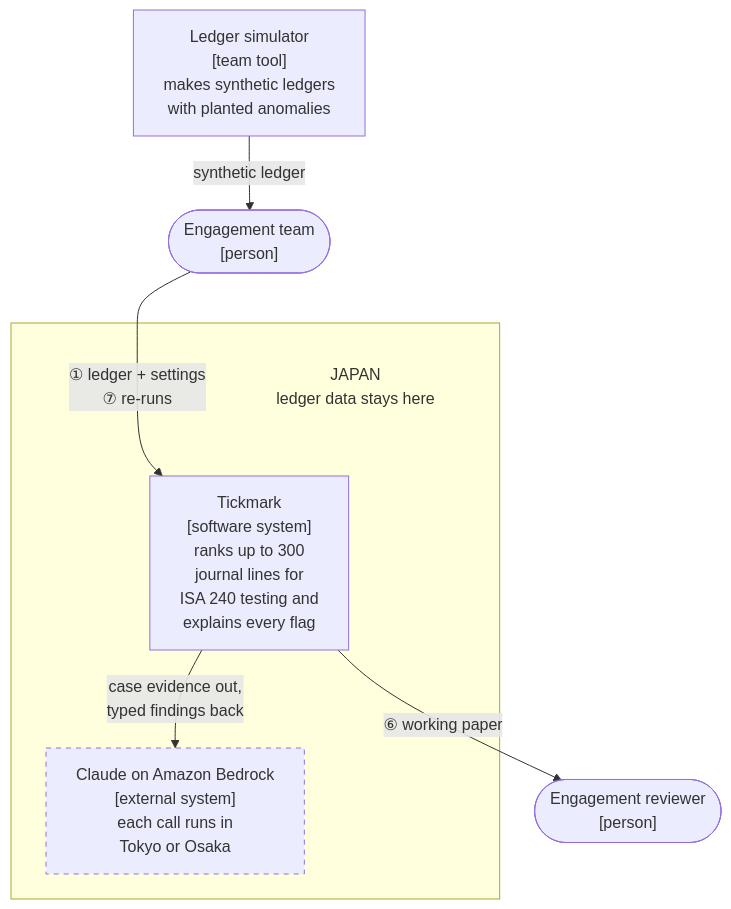
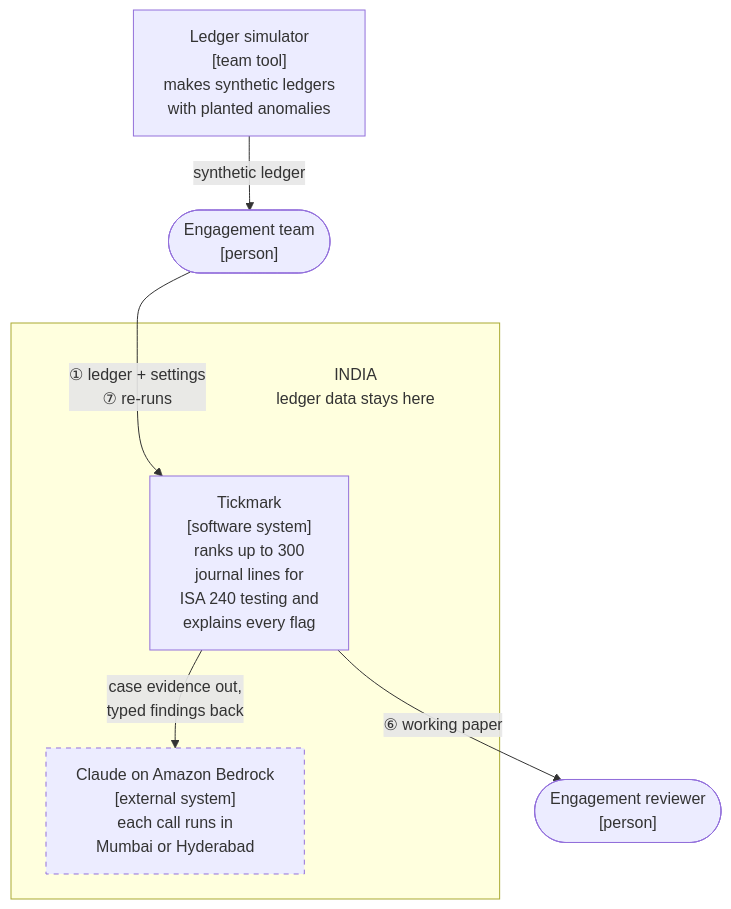
The diagram in docs/diagrams/c4-context.md (HashanEranga/tickmark), drawn with Mermaid before and after one commit. The commit also changed other lines of this file and 8 other files, not shown here.

````diff
--- a/docs/diagrams/c4-context.md
+++ b/docs/diagrams/c4-context.md
@@ -5,24 +5,24 @@
 ```mermaid
 flowchart TB
     sim["Ledger simulator<br/>[team tool]<br/>makes synthetic ledgers<br/>with planted anomalies"]
     team(["Engagement team<br/>[person]"])
     reviewer(["Engagement reviewer<br/>[person]"])
 
-    subgraph japan[" "]
-        japanTag["JAPAN<br/>ledger data stays here"]
+    subgraph india[" "]
+        indiaTag["INDIA<br/>ledger data stays here"]
         tick["Tickmark<br/>[software system]<br/>ranks up to 300<br/>journal lines for<br/>ISA 240 testing and<br/>explains every flag"]
-        model["Claude on Amazon Bedrock<br/>[external system]<br/>each call runs in<br/>Tokyo or Osaka"]
+        model["Claude on Amazon Bedrock<br/>[external system]<br/>each call runs in<br/>Mumbai or Hyderabad"]
     end
 
     sim -->|"synthetic ledger"| team
     team -->|"① ledger + settings<br/>⑦ re-runs"| tick
     tick -->|"case evidence out,<br/>typed findings back"| model
     tick -->|"⑥ working paper"| reviewer
 
-    team ~~~ japanTag ~~~ tick
+    team ~~~ indiaTag ~~~ tick
 
     classDef tag fill:none,stroke:none
     classDef external stroke-dasharray: 5 5
-    class japanTag tag
+    class indiaTag tag
     class model external
 ```
````
